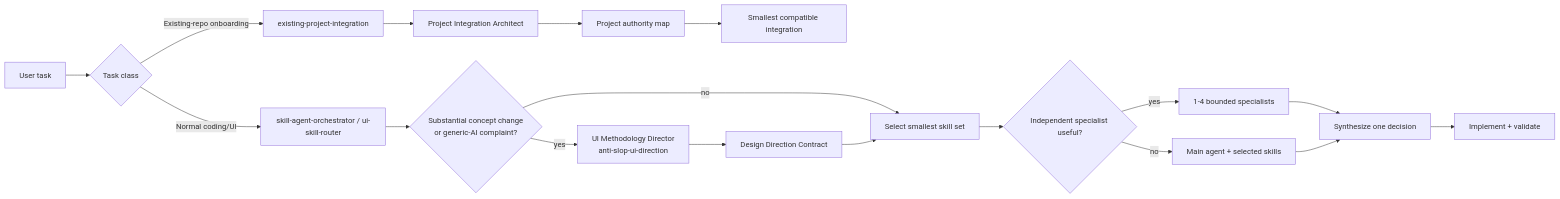
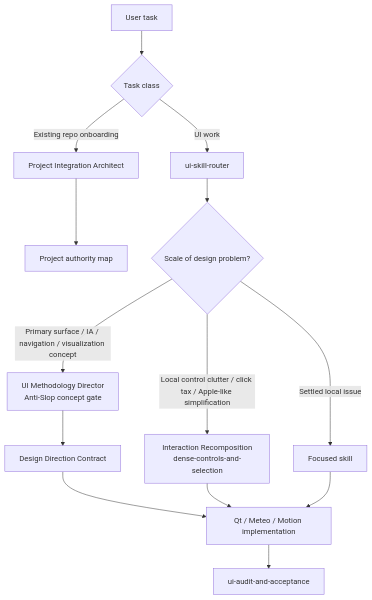
Before and after one commit to f2re/ai-agents-skills: the diagram in README.md, drawn with Mermaid. The commit also changed other lines of this file and 31 other files, not shown here.

First line of the commit message:
feat: add Interaction Recomposition and simplify UI routing

````diff
--- a/README.md
+++ b/README.md
@@ -240,21 +58,18 @@
 ```mermaid
-flowchart LR
+flowchart TD
     U[User task] --> T{Task class}
-    T -- Existing-repo onboarding --> PI[existing-project-integration]
-    PI --> PA[Project Integration Architect]
-    PA --> PM[Project authority map]
-    PM --> DONE[Smallest compatible integration]
+    T -->|Existing repo onboarding| PI[Project Integration Architect]
+    PI --> AUTH[Project authority map]
 
-    T -- Normal coding/UI --> R[skill-agent-orchestrator / ui-skill-router]
-    R --> G{Substantial concept change<br/>or generic-AI complaint?}
-    G -- yes --> D[UI Methodology Director<br/>anti-slop-ui-direction]
-    D --> DC[Design Direction Contract]
-    G -- no --> S[Select smallest skill set]
-    DC --> S
-    S --> A{Independent specialist useful?}
-    A -- no --> I[Main agent + selected skills]
-    A -- yes --> SP[1-4 bounded specialists]
-    SP --> X[Synthesize one decision]
-    I --> X
-    X --> V[Implement + validate]
+    T -->|UI work| R[ui-skill-router]
+    R --> S{Scale of design problem?}
+    S -->|Primary surface / IA / navigation / visualization concept| AS[UI Methodology Director\nAnti-Slop concept gate]
+    AS --> DC[Design Direction Contract]
+    S -->|Local control clutter / click tax / Apple-like simplification| IR[Interaction Recomposition\ndense-controls-and-selection]
+    S -->|Settled local issue| F[Focused skill]
+
+    DC --> IMPL[Qt / Meteo / Motion implementation]
+    IR --> IMPL
+    F --> IMPL
+    IMPL --> AU[ui-audit-and-acceptance]
 ```
````
